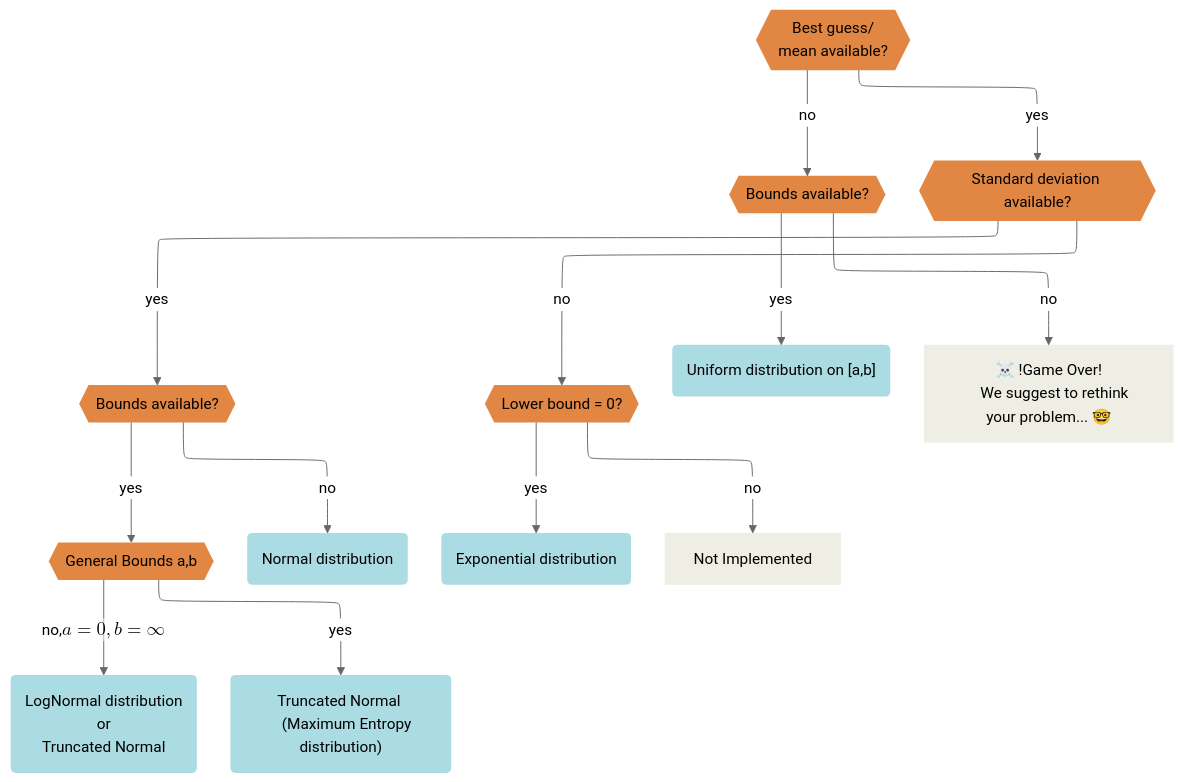
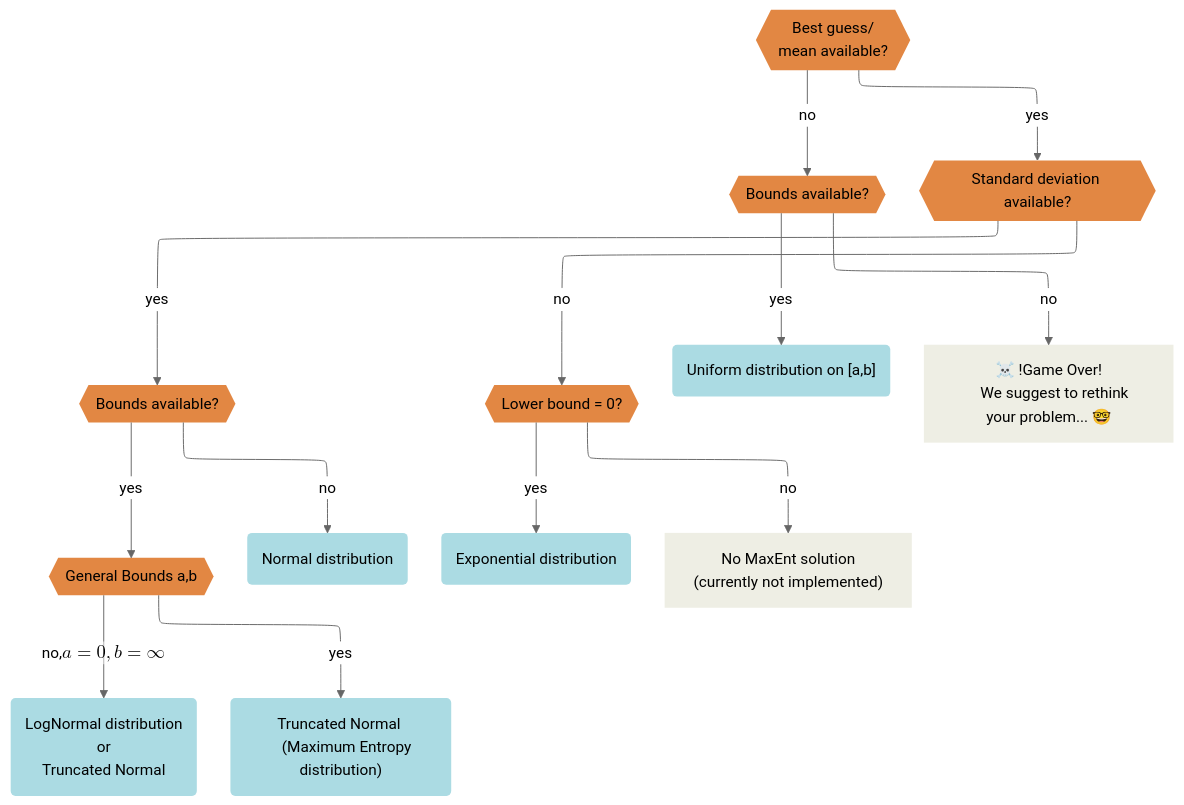
The second of 3 diagrams in docs/content/theory.md (jakobsarthur/maxent_disaggregation), drawn with Mermaid (neutral theme) before and after one commit. The commit also changed 1 other file, not shown here.

Commit message:
update docs decision tree

````diff
--- a/docs/content/theory.md
+++ b/docs/content/theory.md
@@ -81,36 +81,37 @@
 ```{mermaid}
 flowchart-elk TD
     MeanDecision{{"Best guess/
     mean available?"}} -- no --> BoundsDecision1{{"Bounds available?"}}
     MeanDecision -- yes --> SDDecision{{"Standard deviation available?"}}
     SDDecision -- yes --> BoundsDecision2{{"Bounds available?"}}
     BoundsDecision2 -- yes --> GeneralBounds{{"General Bounds a,b"}}
     GeneralBounds -- "no,  $$a=0, b=\infty$$" --> LogNorm("LogNormal distribution
     or
     Truncated Normal")
     GeneralBounds -- yes --> TruncNorm("Truncated Normal 
     (Maximum Entropy distribution)")
     BoundsDecision2 -- no --> Normal("Normal distribution")
     SDDecision -- no --> LowerBound0{{"Lower bound = 0?"}}
     LowerBound0 -- yes --> Exponential("Exponential distribution")
-    LowerBound0 -- no --> NotImplemented["Not Implemented"]
+    LowerBound0 -- no --> NotImplemented["No MaxEnt solution
+    (currently not implemented)"]
     BoundsDecision1 -- yes --> Uniform("Uniform distribution on [a,b]")
     BoundsDecision1 -- no --> GoBackToStart["☠️ !Game Over!
     We suggest to rethink your problem... 🤓"]
      MeanDecision:::decision
      BoundsDecision1:::decision
      SDDecision:::decision
      BoundsDecision2:::decision
      GeneralBounds:::decision
      LogNorm:::distribution
      TruncNorm:::distribution
      Normal:::distribution
      LowerBound0:::decision
      Exponential:::distribution
      NotImplemented:::notimplementednode
      Uniform:::distribution
      GoBackToStart:::notimplementednode
     classDef decision fill:#e28743,color:black,stroke:none
     classDef distribution fill:#abdbe3,color:black,stroke:none
     classDef notimplementednode fill:#eeeee4,color:black,stroke:none
 ```
````
